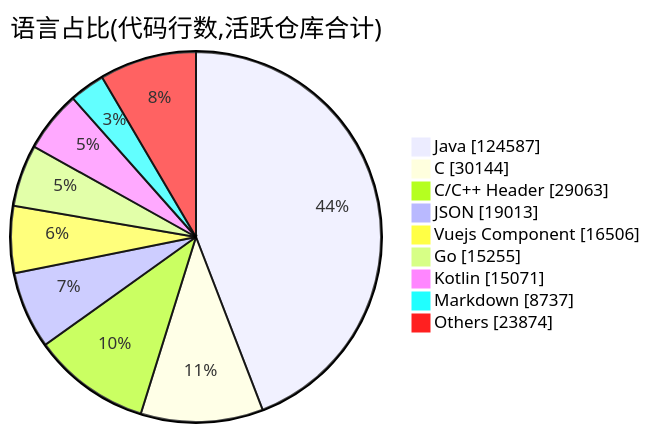
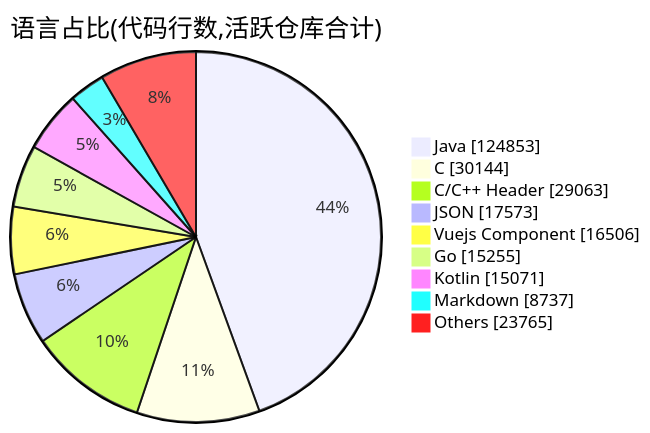
The second of 2 diagrams in profile/README.md (Conflux-Union/.github), drawn with Mermaid before and after one commit. The commit also changed other lines of this file and 1 other file, not shown here.

````diff
--- a/profile/README.md
+++ b/profile/README.md
@@ -80,13 +80,13 @@
 ```mermaid
 pie showData
     title 语言占比(代码行数,活跃仓库合计)
-    "Java" : 124587
+    "Java" : 124853
     "C" : 30144
     "C/C++ Header" : 29063
-    "JSON" : 19013
+    "JSON" : 17573
     "Vuejs Component" : 16506
     "Go" : 15255
     "Kotlin" : 15071
     "Markdown" : 8737
-    "Others" : 23874
+    "Others" : 23765
 ```
````
